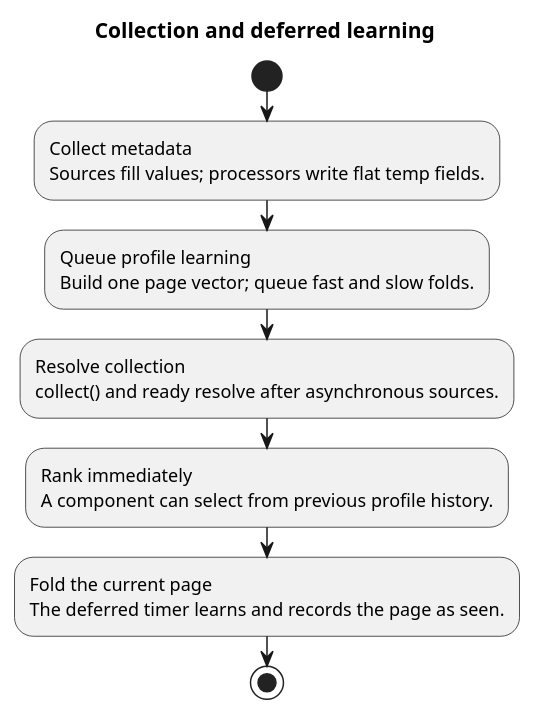
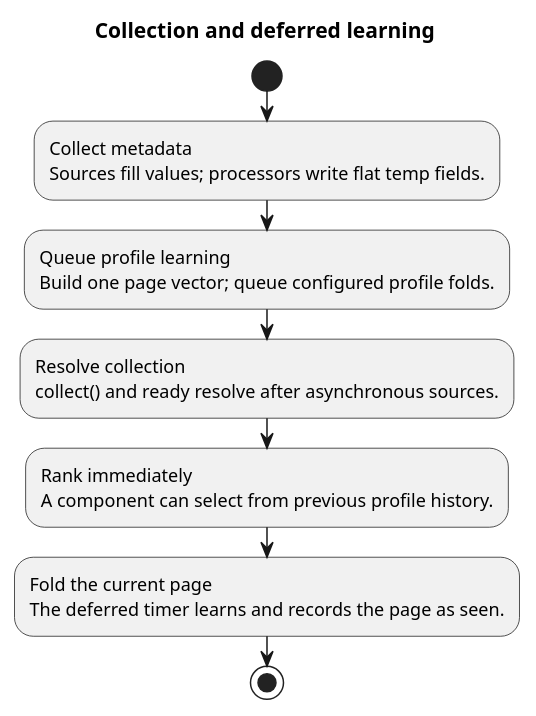
The diagram in docs/assets/diagrams/data-pipeline.puml (morpht/convivial-personalisation), drawn with PlantUML before and after one commit. The commit also changed 24 other files, not shown here.

```diff
--- a/docs/assets/diagrams/data-pipeline.puml
+++ b/docs/assets/diagrams/data-pipeline.puml
@@ -1,10 +1,10 @@
 @startuml
 title Collection and deferred learning
 start
 :Collect metadata\nSources fill values; processors write flat temp fields.;
-:Queue profile learning\nBuild one page vector; queue fast and slow folds.;
+:Queue profile learning\nBuild one page vector; queue configured profile folds.;
 :Resolve collection\ncollect() and ready resolve after asynchronous sources.;
 :Rank immediately\nA component can select from previous profile history.;
 :Fold the current page\nThe deferred timer learns and records the page as seen.;
 stop
 @enduml
```
